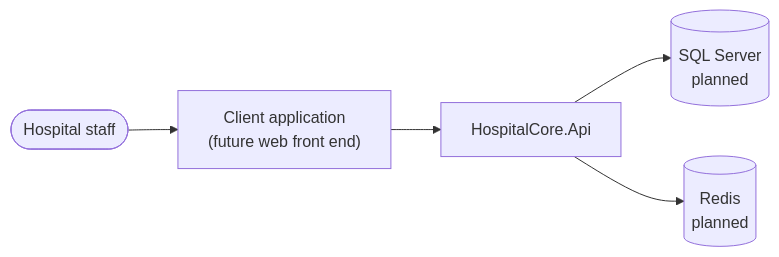
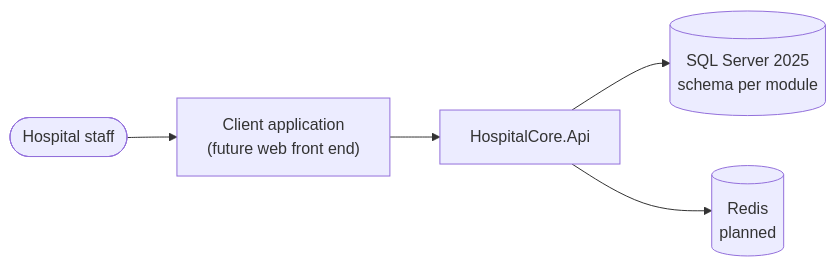
One commit to xXAPJXx/HospitalCore changed the first of 3 diagrams in docs/architecture/overview.md. Above: the diagram before and after it, drawn with Mermaid. The commit also changed other lines of this file and 60 other files, not shown here.

````diff
--- a/docs/architecture/overview.md
+++ b/docs/architecture/overview.md
@@ -18,12 +18,12 @@
 ```mermaid
 flowchart LR
     Staff(["Hospital staff"])
     Client["Client application<br/>(future web front end)"]
     Api["HospitalCore.Api"]
-    Sql[("SQL Server<br/>planned")]
+    Sql[("SQL Server 2025<br/>schema per module")]
     Redis[("Redis<br/>planned")]
 
     Staff --> Client --> Api
     Api --> Sql
     Api --> Redis
 ```
````
